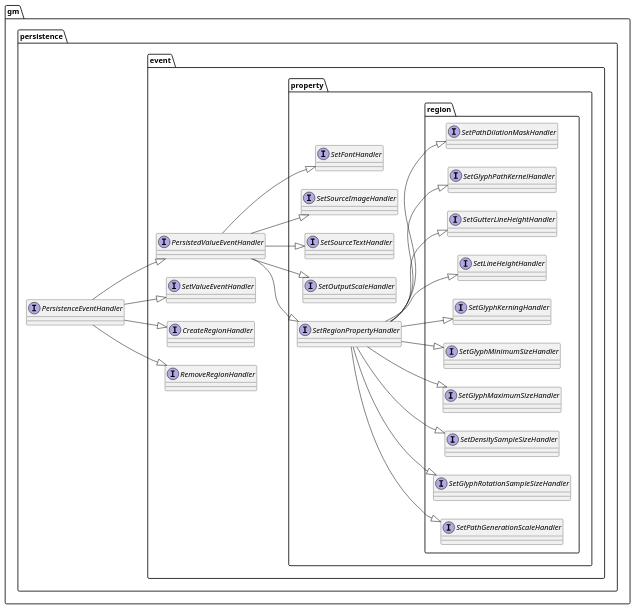
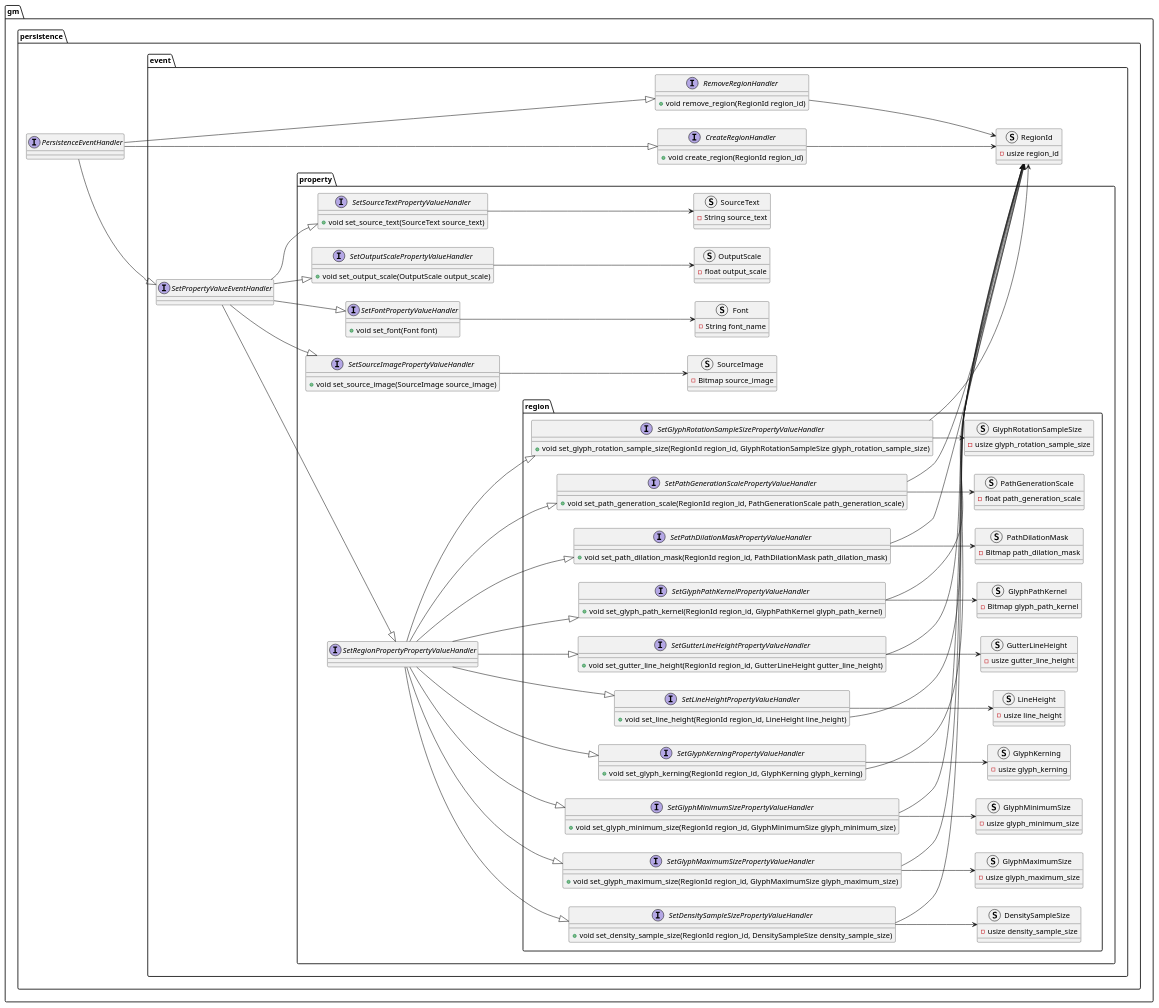
Before and after one commit to zwerdlds/GlyphMosaic: the diagram in documentation/Specification/diagrams/subsystems/persistence/events.plantuml, drawn with PlantUML. The commit also changed 1 other file, not shown here.

```diff
--- a/documentation/Specification/diagrams/subsystems/persistence/events.plantuml
+++ b/documentation/Specification/diagrams/subsystems/persistence/events.plantuml
@@ -1,59 +1,197 @@
 @startuml events
 skinparam componentStyle uml1
 left to right direction
 
 package "gm" {
     package "persistence" as per {
         interface "PersistenceEventHandler" as perpeh {}
 
         package "event" as pere {
-            interface "PersistedValueEventHandler" as perepveh {}
-            interface "SetValueEventHandler" as peresve {}
-            interface "CreateRegionHandler" as perecrh {}
-            interface "RemoveRegionHandler" as pererrh {}
+            interface "SetPropertyValueEventHandler" as perespveh {}
+
+            interface "CreateRegionHandler" as perecrh {
+                + void create_region(RegionId region_id)
+            }
+            interface "RemoveRegionHandler" as pererrh {
+                + void remove_region(RegionId region_id)
+            }
+
+            struct "RegionId" as pereri {
+                - usize region_id
+            }
 
             package "property" as perep {
-                interface "SetFontHandler" as perepsfh {}
-                interface "SetSourceImageHandler" as perepssih {}
-                interface "SetSourceTextHandler" as perepssth {}
-                interface "SetOutputScaleHandler" as perepsosh {}
-                interface "SetRegionPropertyHandler" as perepsrph {}
+                struct "Font" as perepf {
+                    - String font_name
+                }
+
+                interface "SetFontPropertyValueHandler" as perepsfh {
+                    + void set_font(Font font)
+                }
+
+                struct "SourceImage" as perepsi {
+                    - Bitmap source_image
+                }
+
+                interface "SetSourceImagePropertyValueHandler" as perepssih {
+                    + void set_source_image(SourceImage source_image)
+                }
+
+
+                struct "SourceText" as perepst {
+                    - String source_text
+                }
+
+                interface "SetSourceTextPropertyValueHandler" as perepssth {
+                    + void set_source_text(SourceText source_text)
+                }
+
+                struct "OutputScale" as perepos {
+                    - float output_scale
+                }
+
+                interface "SetOutputScalePropertyValueHandler" as perepsosh {
+                    + void set_output_scale(OutputScale output_scale)
+                }
+
+                interface "SetRegionPropertyPropertyValueHandler" as perepsrph {}
 
                 package "region" as perepr {
-                    interface "SetPathDilationMaskHandler" as pereprspdmh {}
-                    interface "SetGlyphPathKernelHandler" as pereprsgpkh {}
-                    interface "SetGutterLineHeightHandler" as pereprsglhh {}
-                    interface "SetLineHeightHandler" as pereprslhh {}
-                    interface "SetGlyphKerningHandler" as pereprsgkh {}
-                    interface "SetGlyphMinimumSizeHandler" as pereprsgminsh {}
-                    interface "SetGlyphMaximumSizeHandler" as pereprsgmaxsh {}
-                    interface "SetDensitySampleSizeHandler" as pereprsdssh {}
-                    interface "SetGlyphRotationSampleSizeHandler" as pereprsgrssh {}
-                    interface "SetPathGenerationScaleHandler" as pereprspgsh {}
+
+                    struct "PathDilationMask" as pereprpdm {
+                        - Bitmap path_dilation_mask
+                    }
+                    interface "SetPathDilationMaskPropertyValueHandler" as pereprspdmh {
+                        + void set_path_dilation_mask(RegionId region_id, PathDilationMask path_dilation_mask)
+                    }
+
+                    struct "GlyphPathKernel" as pereprgpk {
+                        - Bitmap glyph_path_kernel
+                    }
+                    interface "SetGlyphPathKernelPropertyValueHandler" as pereprsgpkh {
+                        + void set_glyph_path_kernel(RegionId region_id, GlyphPathKernel glyph_path_kernel)
+                    }
+
+                    struct "GutterLineHeight" as pereprglh {
+                        - usize gutter_line_height
+                    }
+                    interface "SetGutterLineHeightPropertyValueHandler" as pereprsglhh {
+                        + void set_gutter_line_height(RegionId region_id, GutterLineHeight gutter_line_height)
+                    }
+
+                    struct "LineHeight" as pereprlh {
+                        - usize line_height
+                    }
+                    interface "SetLineHeightPropertyValueHandler" as pereprslhh {
+                        + void set_line_height(RegionId region_id, LineHeight line_height)
+                    }
+
+                    struct "GlyphKerning" as pereprgk {
+                        - usize glyph_kerning
+                    }
+                    interface "SetGlyphKerningPropertyValueHandler" as pereprsgkh {
+                        + void set_glyph_kerning(RegionId region_id, GlyphKerning glyph_kerning)
+                    }
+
+                    struct "GlyphMinimumSize" as pereprgmins {
+                        - usize glyph_minimum_size
+                    }
+                    interface "SetGlyphMinimumSizePropertyValueHandler" as pereprsgminsh {
+                        + void set_glyph_minimum_size(RegionId region_id, GlyphMinimumSize glyph_minimum_size)
+                    }
+
+                    struct "GlyphMaximumSize" as pereprgmaxs {
+                        - usize glyph_maximum_size
+                    }
+                    interface "SetGlyphMaximumSizePropertyValueHandler" as pereprsgmaxsh {
+                        + void set_glyph_maximum_size(RegionId region_id, GlyphMaximumSize glyph_maximum_size)
+                    }
+
+                    struct "DensitySampleSize" as pereprdss {
+                        - usize density_sample_size
+                    }
+                    interface "SetDensitySampleSizePropertyValueHandler" as pereprsdssh {
+                        + void set_density_sample_size(RegionId region_id, DensitySampleSize density_sample_size)
+                    }
+
+                    struct "GlyphRotationSampleSize" as pereprgrss {
+                        - usize glyph_rotation_sample_size
+                    }
+                    interface "SetGlyphRotationSampleSizePropertyValueHandler" as pereprsgrssh {
+                        + void set_glyph_rotation_sample_size(RegionId region_id, GlyphRotationSampleSize glyph_rotation_sample_size)
+                    }
+
+                    struct "PathGenerationScale" as pereprpgs {
+                        - float path_generation_scale
+                    }
+                    interface "SetPathGenerationScalePropertyValueHandler" as pereprspgsh {
+                        + void set_path_generation_scale(RegionId region_id, PathGenerationScale path_generation_scale)
+                    }
                 }
             }
         }
     }
 }
 
-perpeh --|> peresve
 perpeh --|> perecrh
 perpeh --|> pererrh
-perpeh --|> perepveh
-perepveh --|> perepsfh
-perepveh --|> perepssih
-perepveh --|> perepssth
-perepveh --|> perepsosh
-perepveh --|> perepsrph
+perpeh --|> perespveh
+perespveh --|> perepsfh
+perepsfh --> perepf
+
+perecrh --> pereri
+pererrh --> pereri
+
+perespveh --|> perepssih
+perepssih --> perepsi
+
+perespveh --|> perepssth
+perepssth --> perepst
+
+perespveh --|> perepsosh
+perepsosh --> perepos
+
+perespveh --|> perepsrph
+
 perepsrph --|> pereprspdmh
+pereprspdmh --> pereprpdm
+pereprspdmh --> pereri
+
 perepsrph --|> pereprsgpkh
+pereprsgpkh --> pereprgpk
+pereprsgpkh --> pereri
+
 perepsrph --|> pereprsglhh
+pereprsglhh --> pereprglh
+pereprsglhh --> pereri
+
 perepsrph --|> pereprslhh
+pereprslhh --> pereprlh
+pereprslhh --> pereri
+
 perepsrph --|> pereprsgkh
+pereprsgkh --> pereprgk
+pereprsgkh --> pereri
+
 perepsrph --|> pereprsgminsh
+pereprsgminsh --> pereprgmins
+pereprsgminsh --> pereri
+
 perepsrph --|> pereprsgmaxsh
+pereprsgmaxsh --> pereprgmaxs
+pereprsgmaxsh --> pereri
+
 perepsrph --|> pereprsdssh
+pereprsdssh --> pereprdss
+pereprsdssh --> pereri
+
 perepsrph --|> pereprsgrssh
+pereprsgrssh --> pereprgrss
+pereprsgrssh --> pereri
+
 perepsrph --|> pereprspgsh
+pereprspgsh --> pereprpgs
+pereprspgsh --> pereri
+
 
 @enduml
```
